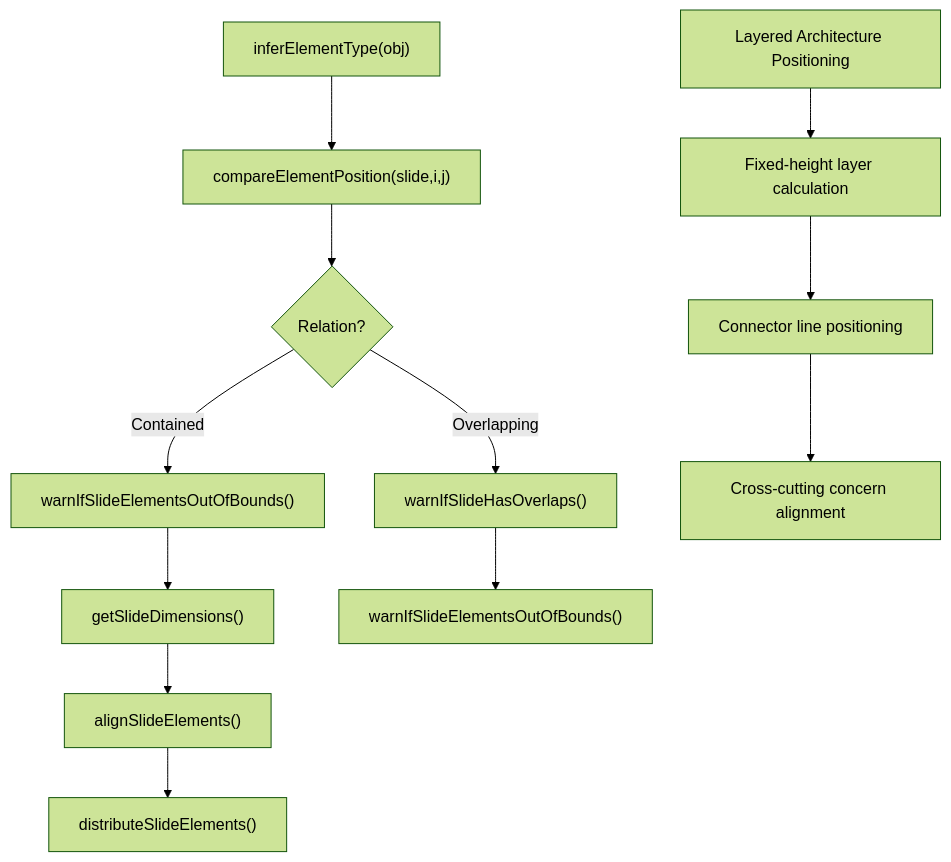
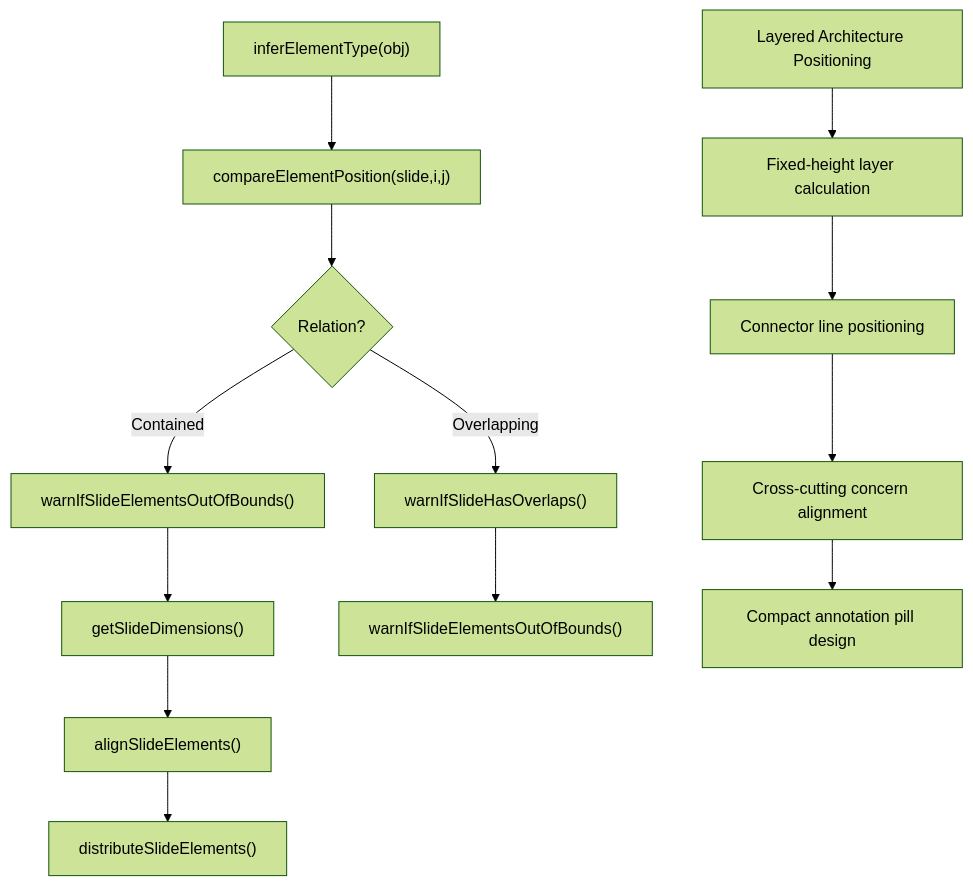
One commit to brantzh6/deepPPT changed the fifth of 6 diagrams in .qoder/repowiki/en/content/Rendering Pipeline/Rendering Pipeline.md. Above: the diagram before and after it, drawn with Mermaid (forest theme). The commit also changed other lines of this file and 6 other files, not shown here.

Commit message:
Redesign layered_architecture_stack with modern control panel style

````diff
--- a/.qoder/repowiki/en/content/Rendering Pipeline/Rendering Pipeline.md
+++ b/.qoder/repowiki/en/content/Rendering Pipeline/Rendering Pipeline.md
@@ -332,14 +336,15 @@
 ```mermaid
 flowchart TD
 A["inferElementType(obj)"] --> B["compareElementPosition(slide,i,j)"]
 B --> C{"Relation?"}
 C --> |Overlapping| O["warnIfSlideHasOverlaps()"]
 C --> |Contained| M["warnIfSlideElementsOutOfBounds()"]
 M --> D["getSlideDimensions()"]
 O --> E["warnIfSlideElementsOutOfBounds()"]
 D --> F["alignSlideElements()"]
 F --> G["distributeSlideElements()"]
 H["Layered Architecture Positioning"] --> I["Fixed-height layer calculation"]
 I --> J["Connector line positioning"]
 J --> K["Cross-cutting concern alignment"]
+K --> L["Compact annotation pill design"]
 ```
````
